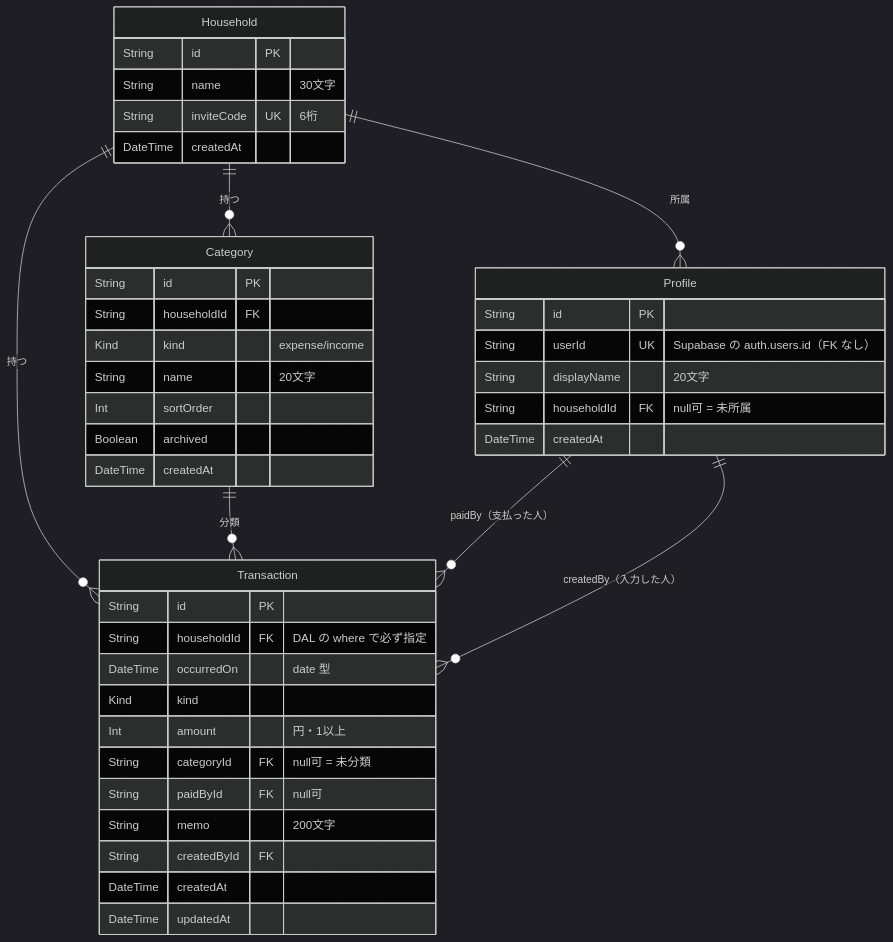
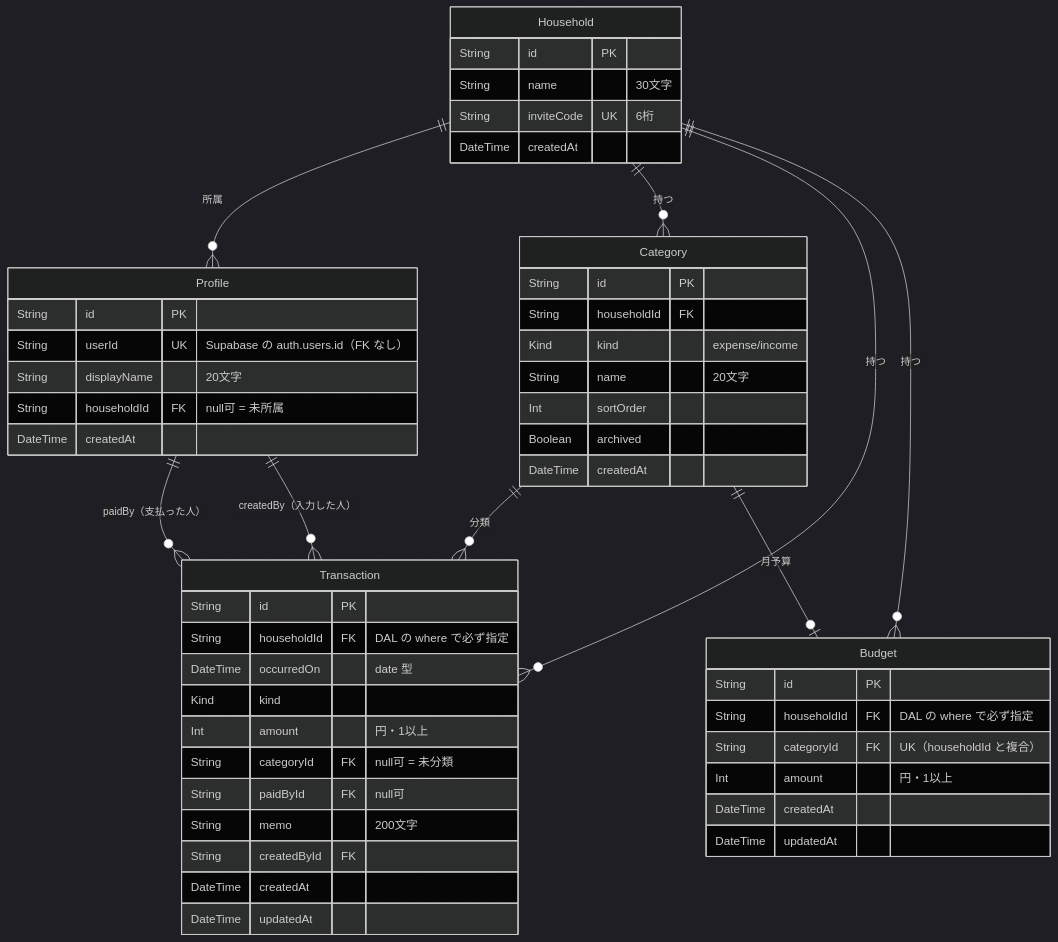
One commit to arize-matsuda/monely changed the diagram in docs/02-design/database-design.md. Above: the diagram before and after it, drawn with Mermaid (dark theme). The commit also changed other lines of this file and 20 other files, not shown here.

````diff
--- a/docs/02-design/database-design.md
+++ b/docs/02-design/database-design.md
@@ -47,45 +47,55 @@
 ```mermaid
 erDiagram
     Household ||--o{ Profile : "所属"
     Household ||--o{ Category : "持つ"
     Household ||--o{ Transaction : "持つ"
+    Household ||--o{ Budget : "持つ"
     Category ||--o{ Transaction : "分類"
+    Category ||--o| Budget : "月予算"
     Profile ||--o{ Transaction : "paidBy（支払った人）"
     Profile ||--o{ Transaction : "createdBy（入力した人）"
 
     Household {
         String id PK
         String name "30文字"
         String inviteCode UK "6桁"
         DateTime createdAt
     }
     Profile {
         String id PK
         String userId UK "Supabase の auth.users.id（FK なし）"
         String displayName "20文字"
         String householdId FK "null可 = 未所属"
         DateTime createdAt
     }
     Category {
         String id PK
         String householdId FK
         Kind kind "expense/income"
         String name "20文字"
         Int sortOrder
         Boolean archived
         DateTime createdAt
     }
     Transaction {
         String id PK
         String householdId FK "DAL の where で必ず指定"
         DateTime occurredOn "date 型"
         Kind kind
         Int amount "円・1以上"
         String categoryId FK "null可 = 未分類"
         String paidById FK "null可"
         String memo "200文字"
         String createdById FK
         DateTime createdAt
         DateTime updatedAt
     }
+    Budget {
+        String id PK
+        String householdId FK "DAL の where で必ず指定"
+        String categoryId FK "UK（householdId と複合）"
+        Int amount "円・1以上"
+        DateTime createdAt
+        DateTime updatedAt
+    }
 ```
````
